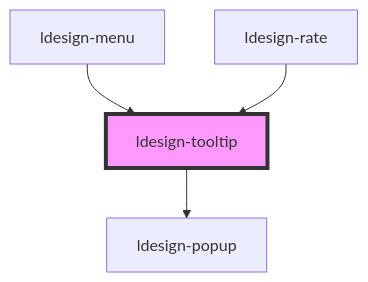
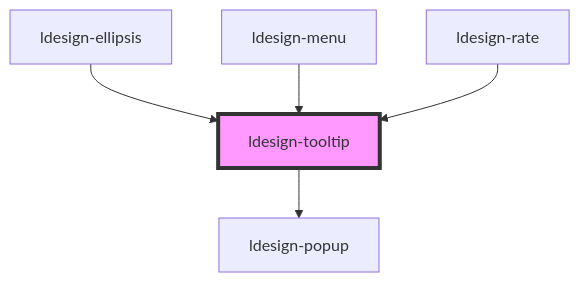
One commit to poly1603/ldesign changed the diagram in packages/webcomponent/src/components/tooltip/readme.md. Above: the diagram before and after it, drawn with Mermaid. The commit also changed other lines of this file and 19 other files, not shown here.

````diff
--- a/packages/webcomponent/src/components/tooltip/readme.md
+++ b/packages/webcomponent/src/components/tooltip/readme.md
@@ -40,7 +41,8 @@
 ```mermaid
 graph TD;
   ldesign-tooltip --> ldesign-popup
+  ldesign-ellipsis --> ldesign-tooltip
   ldesign-menu --> ldesign-tooltip
   ldesign-rate --> ldesign-tooltip
   style ldesign-tooltip fill:#f9f,stroke:#333,stroke-width:4px
 ```
````
